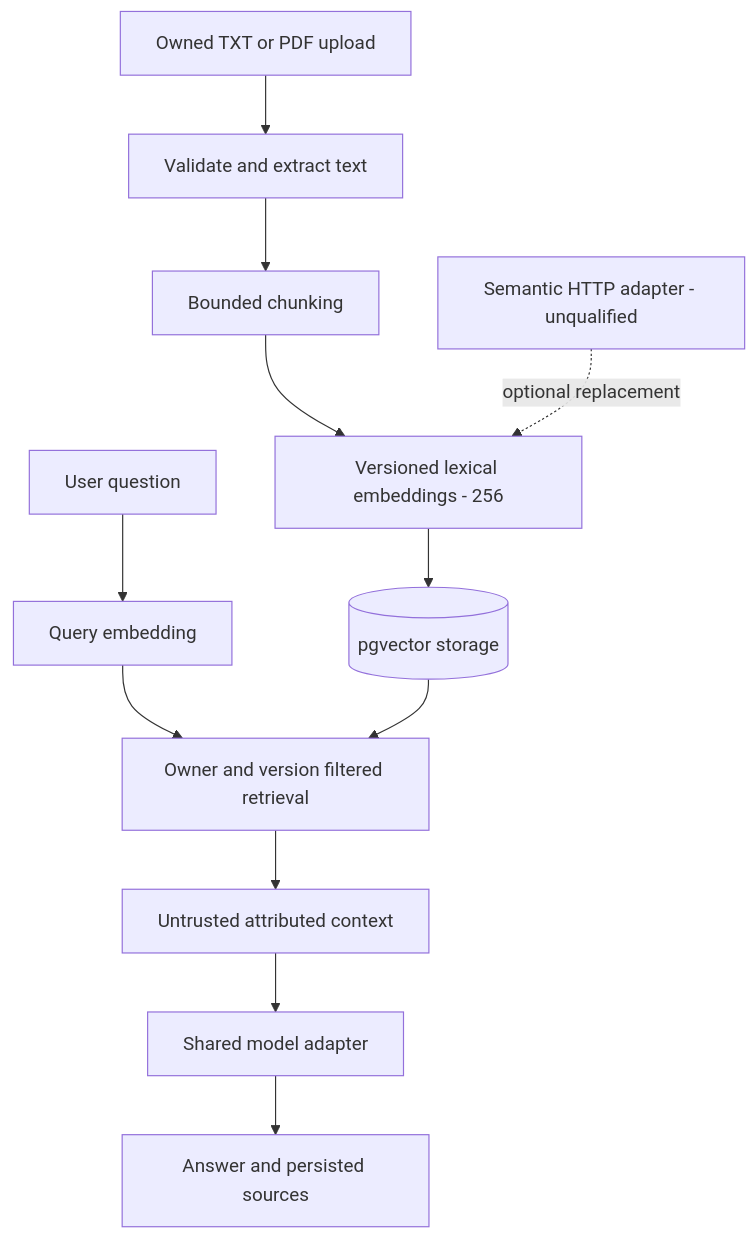
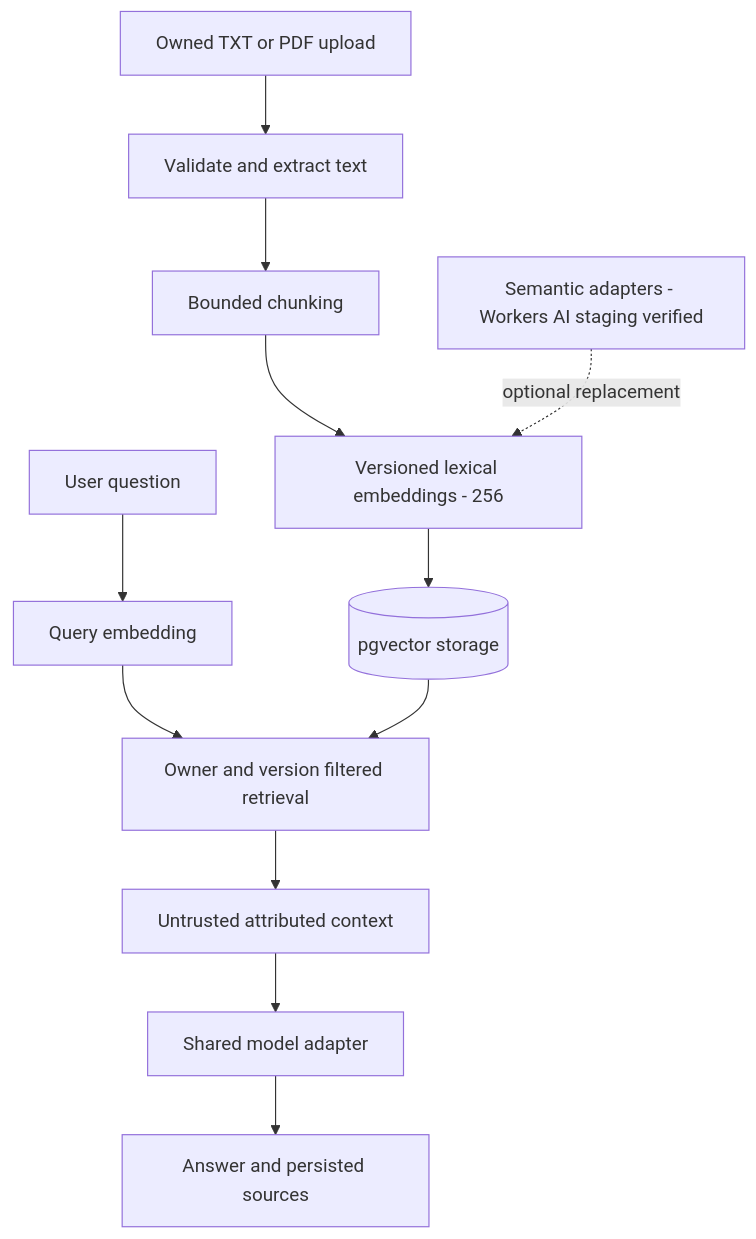
The diagram in docs/diagrams/rag.mmd (DruHustle/onesa-ai-platform), drawn with Mermaid before and after one commit. The commit also changed 88 other files, not shown here.

Commit message:
Add visual engineering onboarding and current deployment architecture

```diff
--- a/docs/diagrams/rag.mmd
+++ b/docs/diagrams/rag.mmd
@@ -1,12 +1,12 @@
 flowchart TB
   Upload[Owned TXT or PDF upload] --> Parse[Validate and extract text]
   Parse --> Chunk[Bounded chunking]
   Chunk --> Embed[Versioned lexical embeddings - 256]
   Embed --> PG[(pgvector storage)]
   Question[User question] --> Query[Query embedding]
   Query --> Retrieve[Owner and version filtered retrieval]
   PG --> Retrieve
   Retrieve --> Context[Untrusted attributed context]
   Context --> Adapter[Shared model adapter]
   Adapter --> Answer[Answer and persisted sources]
-  Semantic[Semantic HTTP adapter - unqualified] -. optional replacement .-> Embed
+  Semantic[Semantic adapters - Workers AI staging verified] -. optional replacement .-> Embed
```
